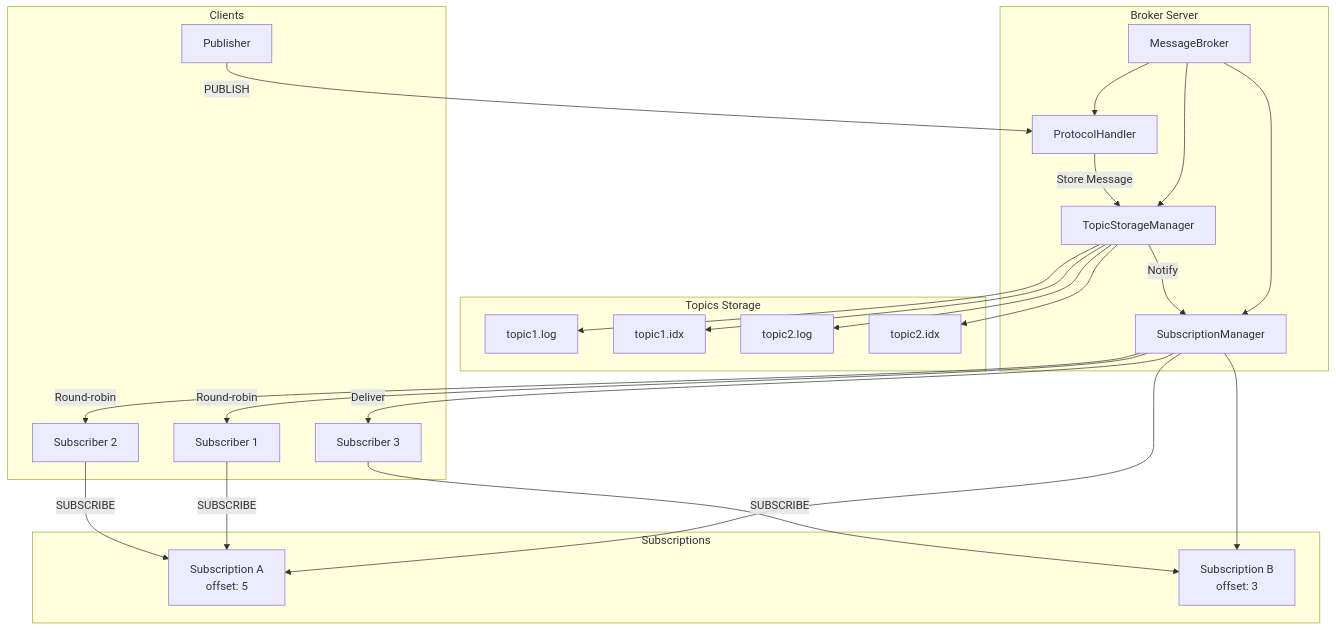
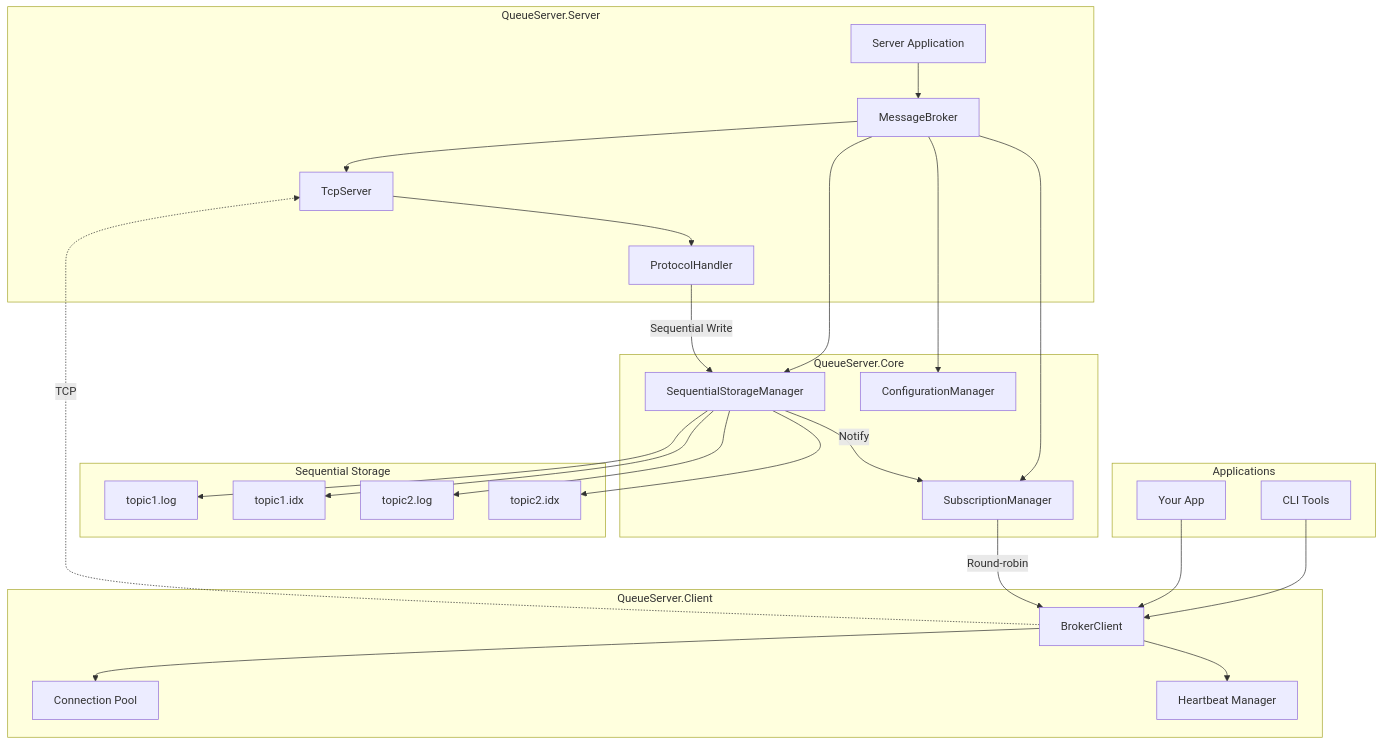
Before and after one commit to sharief007/queue-server: the first of 2 diagrams in README.md, drawn with Mermaid. The commit also changed other lines of this file and 39 other files, not shown here.

````diff
--- a/README.md
+++ b/README.md
@@ -7,51 +18,57 @@
 ```mermaid
 graph TB
-    subgraph "Broker Server"
+    subgraph "QueueServer.Server"
+        S[Server Application]
         B[MessageBroker]
-        TSM[TopicStorageManager]
-        SM[SubscriptionManager]
+        TS[TcpServer]
         PH[ProtocolHandler]
         
-        B --> TSM
-        B --> SM
-        B --> PH
+        S --> B
+        B --> TS
+        TS --> PH
     end
     
-    subgraph "Topics Storage"
-        T1[topic1.log]
-        T1IDX[topic1.idx]
-        T2[topic2.log]
-        T2IDX[topic2.idx]
+    subgraph "QueueServer.Core"
+        SSM[SequentialStorageManager]
+        SM[SubscriptionManager]
+        CM[ConfigurationManager]
         
-        TSM --> T1
-        TSM --> T1IDX
-        TSM --> T2
-        TSM --> T2IDX
+        B --> SSM
+        B --> SM
+        B --> CM
     end
     
-    subgraph "Subscriptions"
-        SUB1[Subscription A<br/>offset: 5]
-        SUB2[Subscription B<br/>offset: 3]
+    subgraph "Sequential Storage"
+        L1[topic1.log]
+        I1[topic1.idx]
+        L2[topic2.log]
+        I2[topic2.idx]
         
-        SM --> SUB1
-        SM --> SUB2
+        SSM --> L1
+        SSM --> I1
+        SSM --> L2
+        SSM --> I2
     end
     
-    subgraph "Clients"
-        P[Publisher]
-        S1[Subscriber 1]
-        S2[Subscriber 2]
-        S3[Subscriber 3]
+    subgraph "QueueServer.Client"
+        BC[BrokerClient]
+        CP[Connection Pool]
+        HB[Heartbeat Manager]
+        
+        BC --> CP
+        BC --> HB
     end
     
-    P -->|PUBLISH| PH
-    S1 -->|SUBSCRIBE| SUB1
-    S2 -->|SUBSCRIBE| SUB1
-    S3 -->|SUBSCRIBE| SUB2
+    subgraph "Applications"
+        CLI[CLI Tools]
+        APP[Your App]
+        
+        CLI --> BC
+        APP --> BC
+    end
     
-    PH -->|Store Message| TSM
-    TSM -->|Notify| SM
-    SM -->|Round-robin| S1
-    SM -->|Round-robin| S2
-    SM -->|Deliver| S3
+    BC -.->|TCP| TS
+    PH -->|Sequential Write| SSM
+    SSM -->|Notify| SM
+    SM -->|Round-robin| BC
 ```
````
